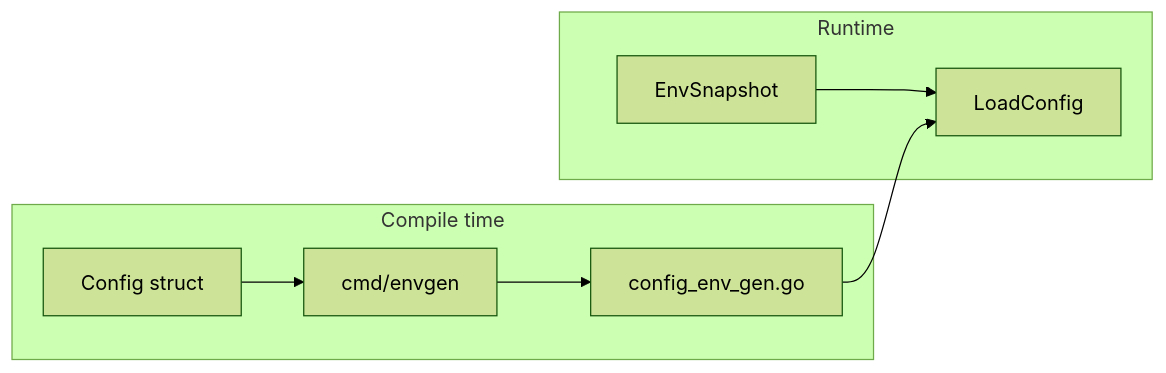
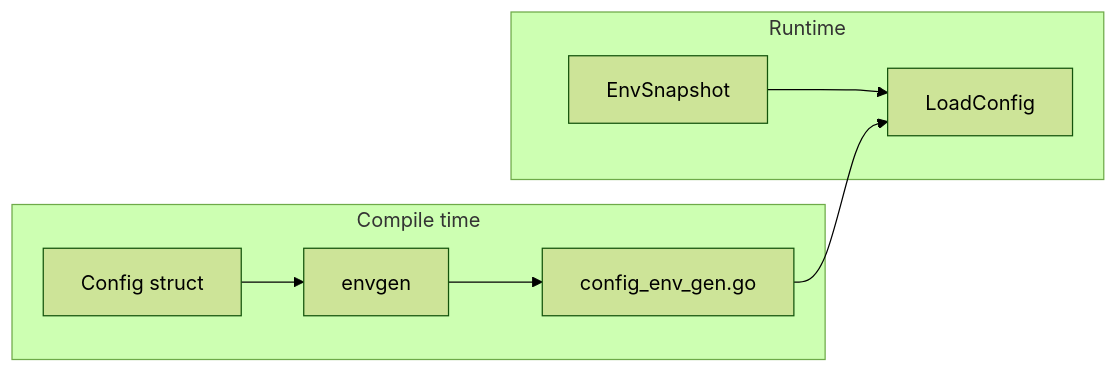
One commit to gopherust-io/env changed the diagram in README.md. Above: the diagram before and after it, drawn with Mermaid (forest theme). The commit also changed other lines of this file and 17 other files, not shown here.

````diff
--- a/README.md
+++ b/README.md
@@ -32,15 +76,15 @@
 ```mermaid
 flowchart LR
     subgraph compile [Compile time]
         Struct[Config struct]
-        Envgen[cmd/envgen]
+        Envgen[envgen]
         Gen[config_env_gen.go]
         Struct --> Envgen --> Gen
     end
     subgraph runtime [Runtime]
         Snap[EnvSnapshot]
         Load[LoadConfig]
         Snap --> Load
     end
     Gen --> Load
 ```
````
